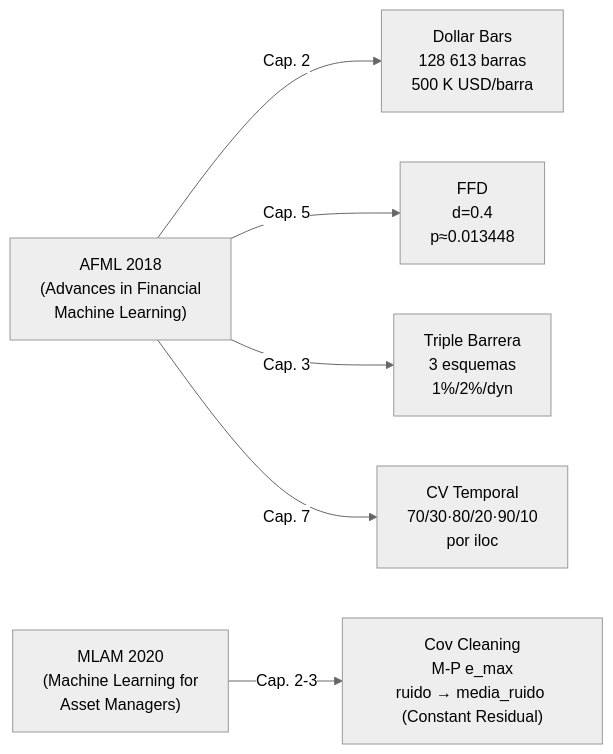
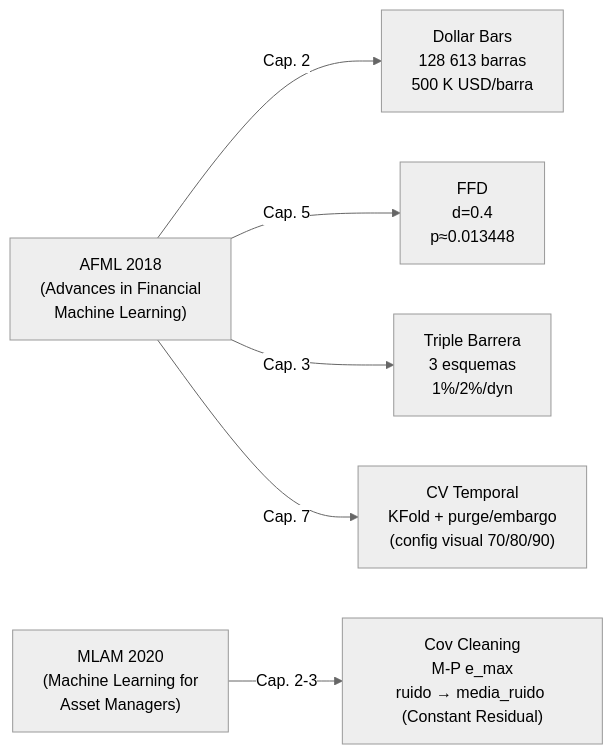
The second of 2 diagrams in docs/DEFENSA_ORAL.md (Romequinco/TAREA_PROCESADO_DATOS_FINANCIEROS_PARA_MACHINE_LEARNING), drawn with Mermaid (neutral theme) before and after one commit. The commit also changed other lines of this file, not shown here.

````diff
--- a/docs/DEFENSA_ORAL.md
+++ b/docs/DEFENSA_ORAL.md
@@ -142,11 +142,11 @@
 ```mermaid
 flowchart LR
     AFML["AFML 2018\n(Advances in Financial\nMachine Learning)"]
     MLAM["MLAM 2020\n(Machine Learning for\nAsset Managers)"]
 
     AFML -->|Cap. 2| B["Dollar Bars\n128 613 barras\n500 K USD/barra"]
     AFML -->|Cap. 5| C["FFD\nd=0.4\np≈0.013448"]
     AFML -->|Cap. 3| D["Triple Barrera\n3 esquemas\n1%/2%/dyn"]
-    AFML -->|Cap. 7| E["CV Temporal\n70/30·80/20·90/10\npor iloc"]
+    AFML -->|Cap. 7| E["CV Temporal\nKFold + purge/embargo\n(config visual 70/80/90)"]
 MLAM -->|Cap. 2-3| F["Cov Cleaning\nM-P e_max\nruido → media_ruido (Constant Residual)"]
 ```
````
